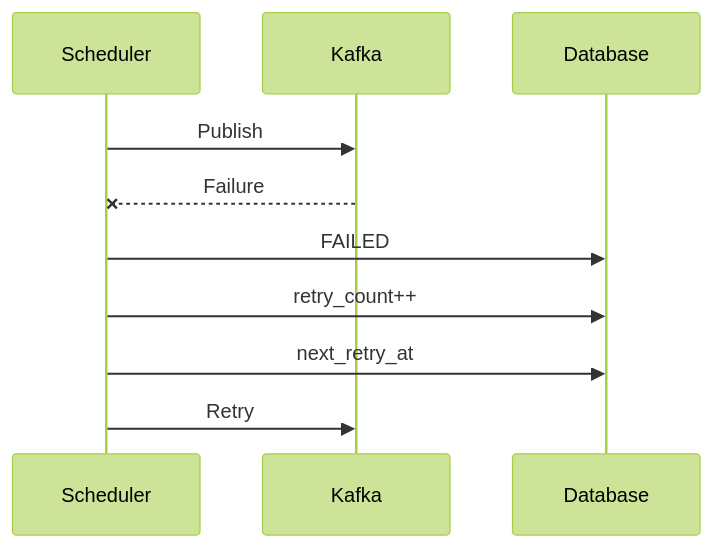
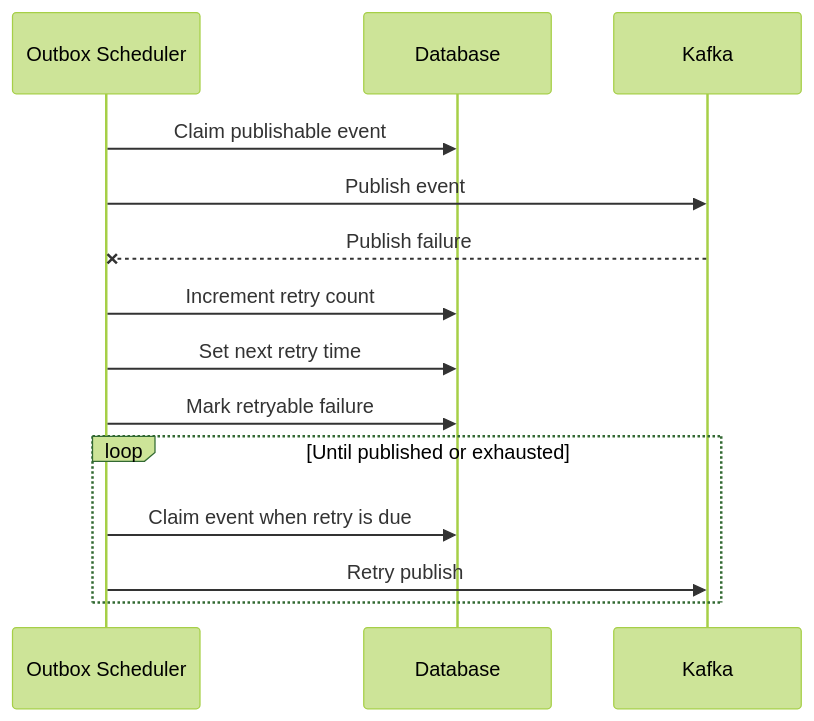
The fifth of 8 diagrams in docs/13_SEQUENCE_DIAGRAMS.md (HuyKunNe/cinema-system), drawn with Mermaid (forest theme) before and after one commit. The commit also changed other lines of this file and 10 other files, not shown here.

````diff
--- a/docs/13_SEQUENCE_DIAGRAMS.md
+++ b/docs/13_SEQUENCE_DIAGRAMS.md
@@ -93,15 +160,19 @@
 ```mermaid
 sequenceDiagram
+    participant Scheduler as Outbox Scheduler
+    participant Database
+    participant Kafka
 
-Scheduler->>Kafka: Publish
+    Scheduler->>Database: Claim publishable event
+    Scheduler->>Kafka: Publish event
+    Kafka--xScheduler: Publish failure
 
-Kafka--xScheduler: Failure
+    Scheduler->>Database: Increment retry count
+    Scheduler->>Database: Set next retry time
+    Scheduler->>Database: Mark retryable failure
 
-Scheduler->>Database: FAILED
-
-Scheduler->>Database: retry_count++
-
-Scheduler->>Database: next_retry_at
-
-Scheduler->>Kafka: Retry
+    loop Until published or exhausted
+        Scheduler->>Database: Claim event when retry is due
+        Scheduler->>Kafka: Retry publish
+    end
 ```
````
